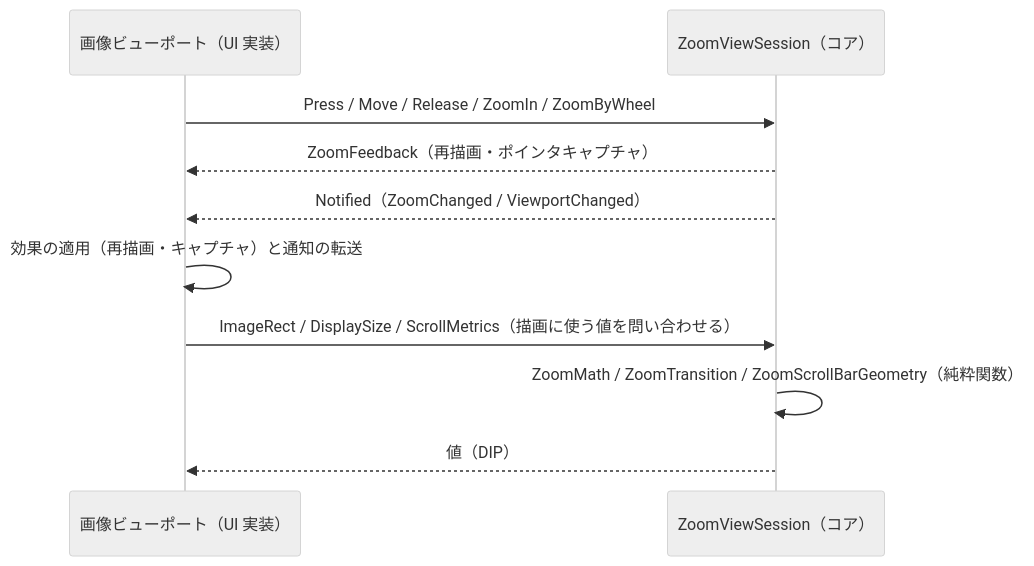
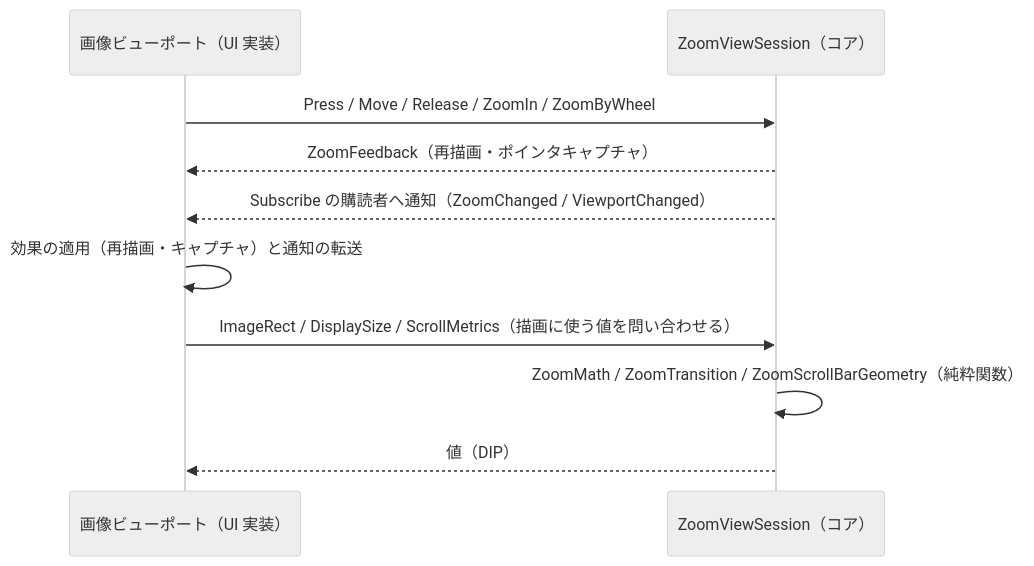
One commit to tomokuni/SaveEvidence changed the fifth of 5 diagrams in src/Parts.CapturePreviewControl.Core/docs/SPEC_System.md. Above: the diagram before and after it, drawn with Mermaid (neutral theme). The commit also changed 40 other files, not shown here.

````diff
--- a/src/Parts.CapturePreviewControl.Core/docs/SPEC_System.md
+++ b/src/Parts.CapturePreviewControl.Core/docs/SPEC_System.md
@@ -353,13 +353,13 @@
 ```mermaid
 sequenceDiagram
   participant UI as 画像ビューポート（UI 実装）
   participant Core as ZoomViewSession（コア）
 
   UI->>Core: Press / Move / Release / ZoomIn / ZoomByWheel
   Core-->>UI: ZoomFeedback（再描画・ポインタキャプチャ）
-  Core-->>UI: Notified（ZoomChanged / ViewportChanged）
+  Core-->>UI: Subscribe の購読者へ通知（ZoomChanged / ViewportChanged）
   UI->>UI: 効果の適用（再描画・キャプチャ）と通知の転送
   UI->>Core: ImageRect / DisplaySize / ScrollMetrics（描画に使う値を問い合わせる）
   Core->>Core: ZoomMath / ZoomTransition / ZoomScrollBarGeometry（純粋関数）
   Core-->>UI: 値（DIP）
 ```
````
